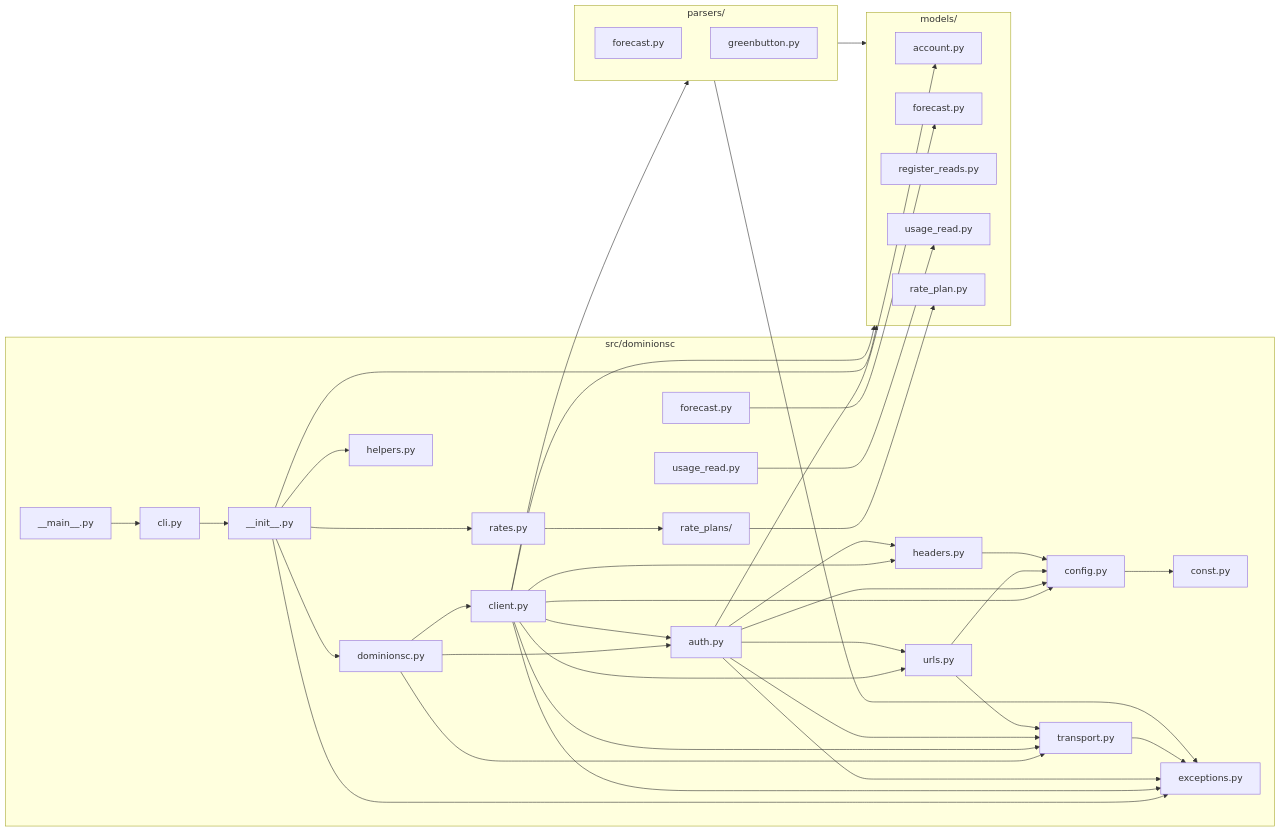
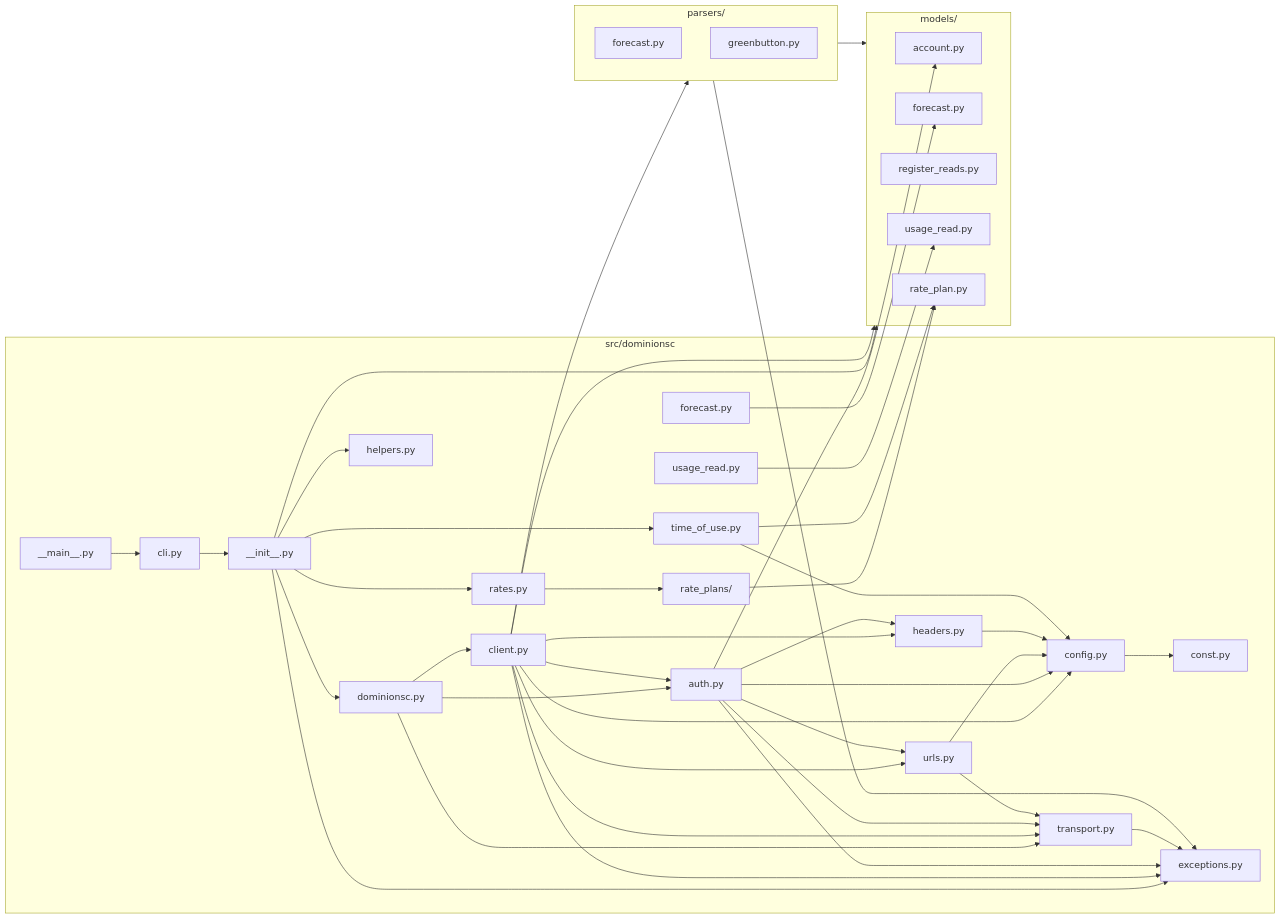
One commit to hype8912/dominion-sc-power changed the diagram in docs/architecture/02-components.md. Above: the diagram before and after it, drawn with Mermaid. The commit also changed other lines of this file and 9 other files, not shown here.

````diff
--- a/docs/architecture/02-components.md
+++ b/docs/architecture/02-components.md
@@ -44,71 +45,75 @@
 ```mermaid
 flowchart LR
     subgraph Package["src/dominionsc"]
         Init["__init__.py"]
         DominionscMod["dominionsc.py"]
         Auth["auth.py"]
         Client["client.py"]
         CLI["cli.py"]
         Transport["transport.py"]
         URLs["urls.py"]
         Headers["headers.py"]
         Config["config.py"]
         Const["const.py"]
         Exceptions["exceptions.py"]
         ForecastMod["forecast.py"]
         Helpers["helpers.py"]
         UsageReadMod["usage_read.py"]
         Rates["rates.py"]
         RatePlans["rate_plans/"]
+        TOU["time_of_use.py"]
         Main["__main__.py"]
     end
 
     subgraph Models["models/"]
         M_Account["account.py"]
         M_Forecast["forecast.py"]
         M_RegReads["register_reads.py"]
         M_Usage["usage_read.py"]
         M_RatePlan["rate_plan.py"]
     end
 
     subgraph Parsers["parsers/"]
         P_Forecast["forecast.py"]
         P_Green["greenbutton.py"]
     end
 
     Init --> DominionscMod
     Init --> Exceptions
     Init --> Helpers
     Init --> Rates
     Init --> Models
     DominionscMod --> Client
     DominionscMod --> Auth
     DominionscMod --> Transport
     ForecastMod --> M_Forecast
     UsageReadMod --> M_Usage
     Client --> Auth
     Client --> Transport
     Client --> URLs
     Client --> Headers
     Client --> Config
     Client --> Exceptions
     Client --> Parsers
     Client --> Models
     Auth --> Transport
     Auth --> URLs
     Auth --> Headers
     Auth --> Config
     Auth --> Exceptions
     Auth --> M_Account
     URLs --> Config
     URLs --> Transport
     Headers --> Config
     Config --> Const
     Transport --> Exceptions
     Parsers --> Models
     Parsers --> Exceptions
     CLI --> Init
     Main --> CLI
+    Init --> TOU
     Rates --> RatePlans
     RatePlans --> M_RatePlan
+    TOU --> M_RatePlan
+    TOU --> Config
 ```
````
